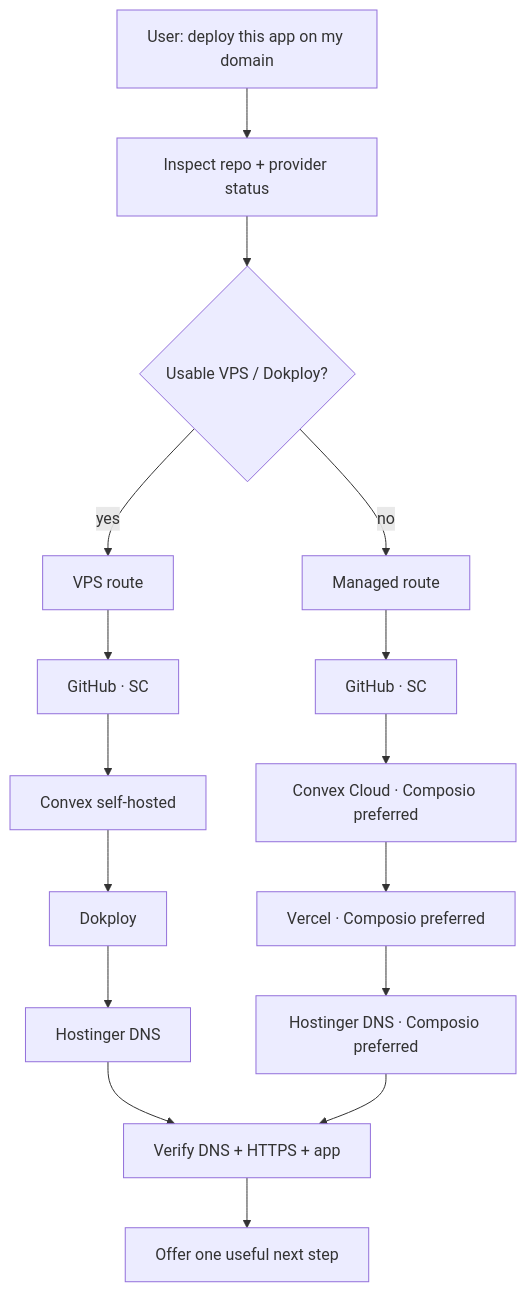
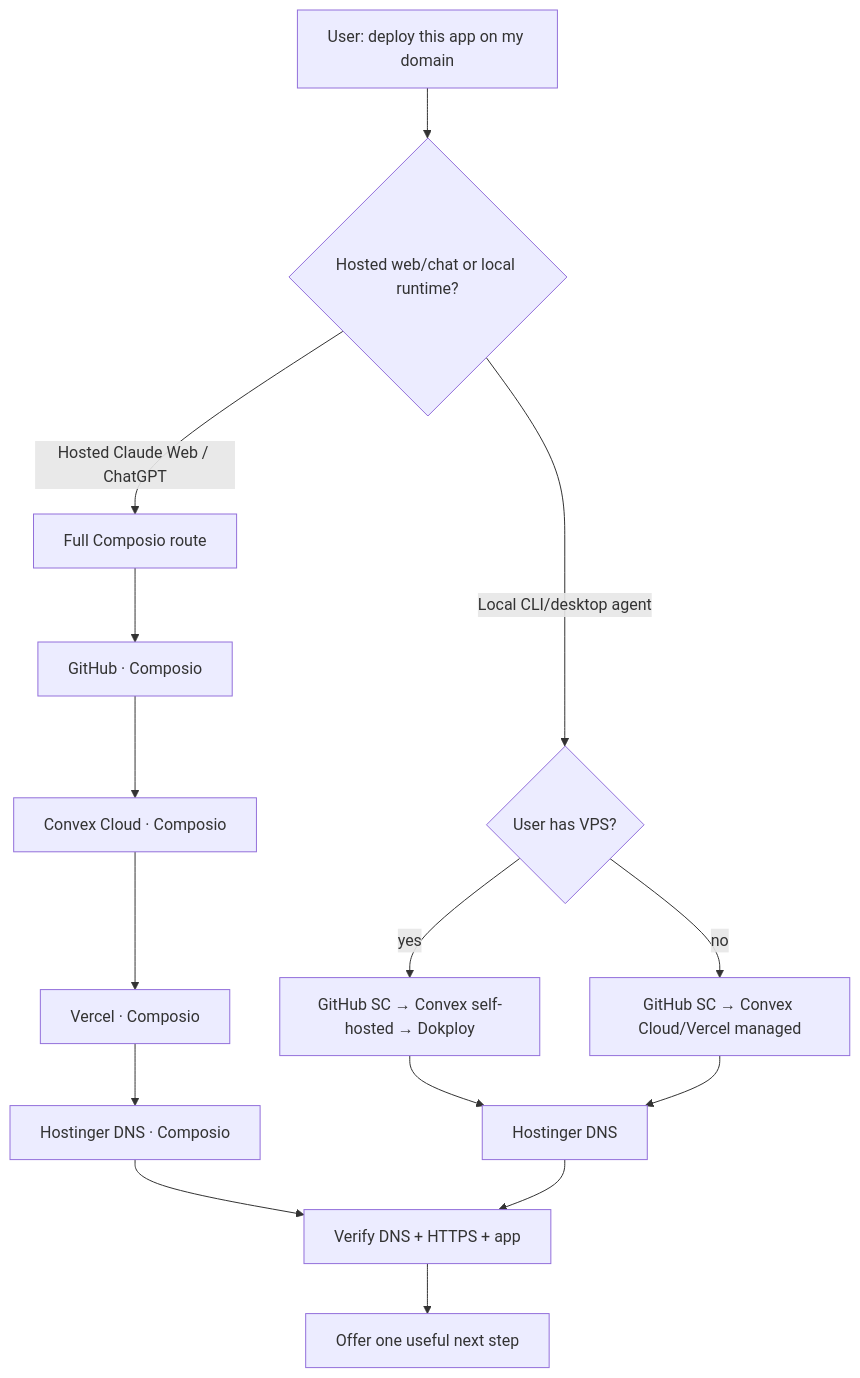
Before and after one commit to rahmanef63/si-coder-agent: the diagram in README.md, drawn with Mermaid. The commit also changed other lines of this file and 16 other files, not shown here.

Commit message:
fix(routes): branch hosted and VPS flows first

````diff
--- a/README.md
+++ b/README.md
@@ -23,18 +17,17 @@
 ```mermaid
 flowchart TD
-    U["User: deploy this app on my domain"] --> I["Inspect repo + provider status"]
-    I --> R{"Usable VPS / Dokploy?"}
-    R -->|yes| V["VPS route"]
-    V --> VG["GitHub · SC"]
-    VG --> VC["Convex self-hosted"]
-    VC --> VD["Dokploy"]
-    VD --> VH["Hostinger DNS"]
-    R -->|no| M["Managed route"]
-    M --> MG["GitHub · SC"]
-    MG --> MC["Convex Cloud · Composio preferred"]
-    MC --> MV["Vercel · Composio preferred"]
-    MV --> MH["Hostinger DNS · Composio preferred"]
-    VH --> Z["Verify DNS + HTTPS + app"]
-    MH --> Z
+    U["User: deploy this app on my domain"] --> RT{"Hosted web/chat or local runtime?"}
+    RT -->|Hosted Claude Web / ChatGPT| H["Full Composio route"]
+    H --> HG["GitHub · Composio"]
+    HG --> HC["Convex Cloud · Composio"]
+    HC --> HV["Vercel · Composio"]
+    HV --> HH["Hostinger DNS · Composio"]
+    RT -->|Local CLI/desktop agent| Q{"User has VPS?"}
+    Q -->|yes| V["GitHub SC → Convex self-hosted → Dokploy"]
+    Q -->|no| M["GitHub SC → Convex Cloud/Vercel managed"]
+    V --> D["Hostinger DNS"]
+    M --> D
+    HH --> Z["Verify DNS + HTTPS + app"]
+    D --> Z
     Z --> N["Offer one useful next step"]
 ```
````
